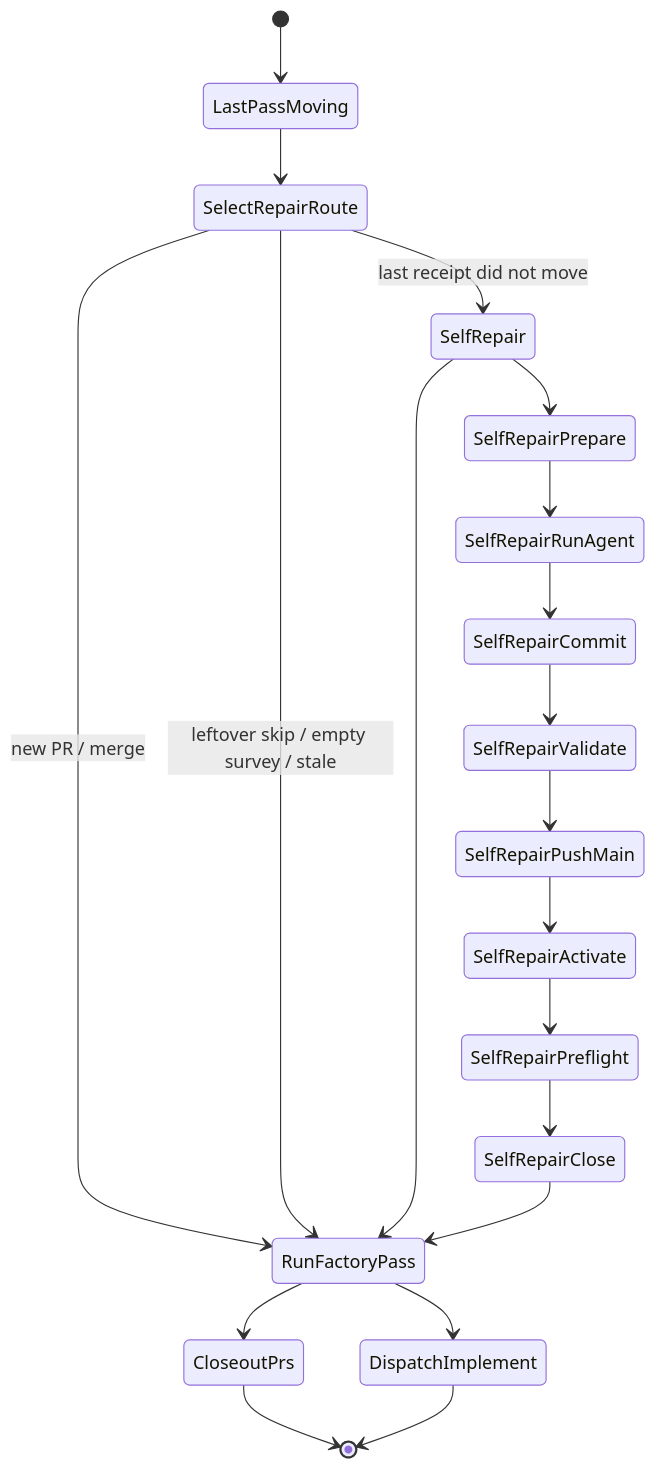
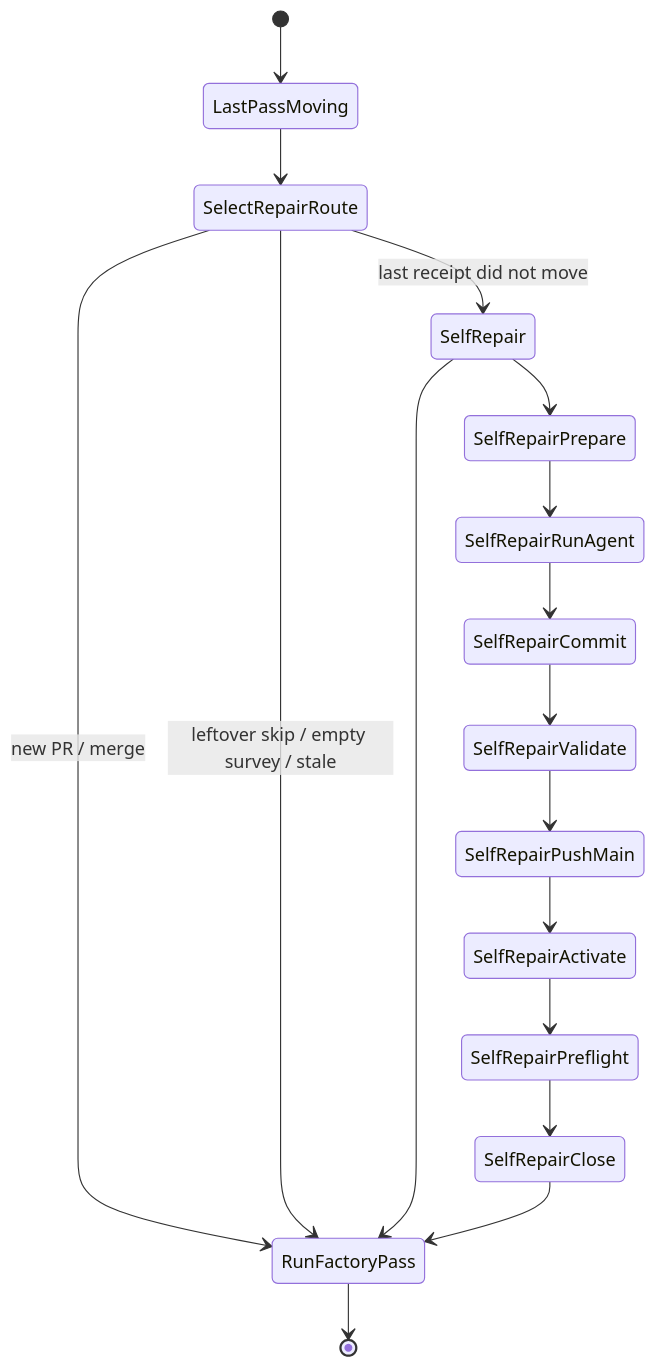
Diagram 49 of 49 in README.md (mikolaj92/lokay), drawn with Mermaid before and after one commit. The commit also changed other lines of this file and 5 other files, not shown here.

First line of the commit message:
fix: host one factory_pass per heartbeat

````diff
--- a/README.md
+++ b/README.md
@@ -1386,22 +1389,19 @@
 ```mermaid
 stateDiagram-v2
     [*] --> LastPassMoving
     LastPassMoving --> SelectRepairRoute
     SelectRepairRoute --> RunFactoryPass: new PR / merge
     SelectRepairRoute --> RunFactoryPass: leftover skip / empty survey / stale
     SelectRepairRoute --> SelfRepair: last receipt did not move
     SelfRepair --> RunFactoryPass
-    RunFactoryPass --> CloseoutPrs
-    RunFactoryPass --> DispatchImplement
-    CloseoutPrs --> [*]
-    DispatchImplement --> [*]
+    RunFactoryPass --> [*]
     SelfRepair --> SelfRepairPrepare
     SelfRepairPrepare --> SelfRepairRunAgent
     SelfRepairRunAgent --> SelfRepairCommit
     SelfRepairCommit --> SelfRepairValidate
     SelfRepairValidate --> SelfRepairPushMain
     SelfRepairPushMain --> SelfRepairActivate
     SelfRepairActivate --> SelfRepairPreflight
     SelfRepairPreflight --> SelfRepairClose
     SelfRepairClose --> RunFactoryPass
 ```
````
